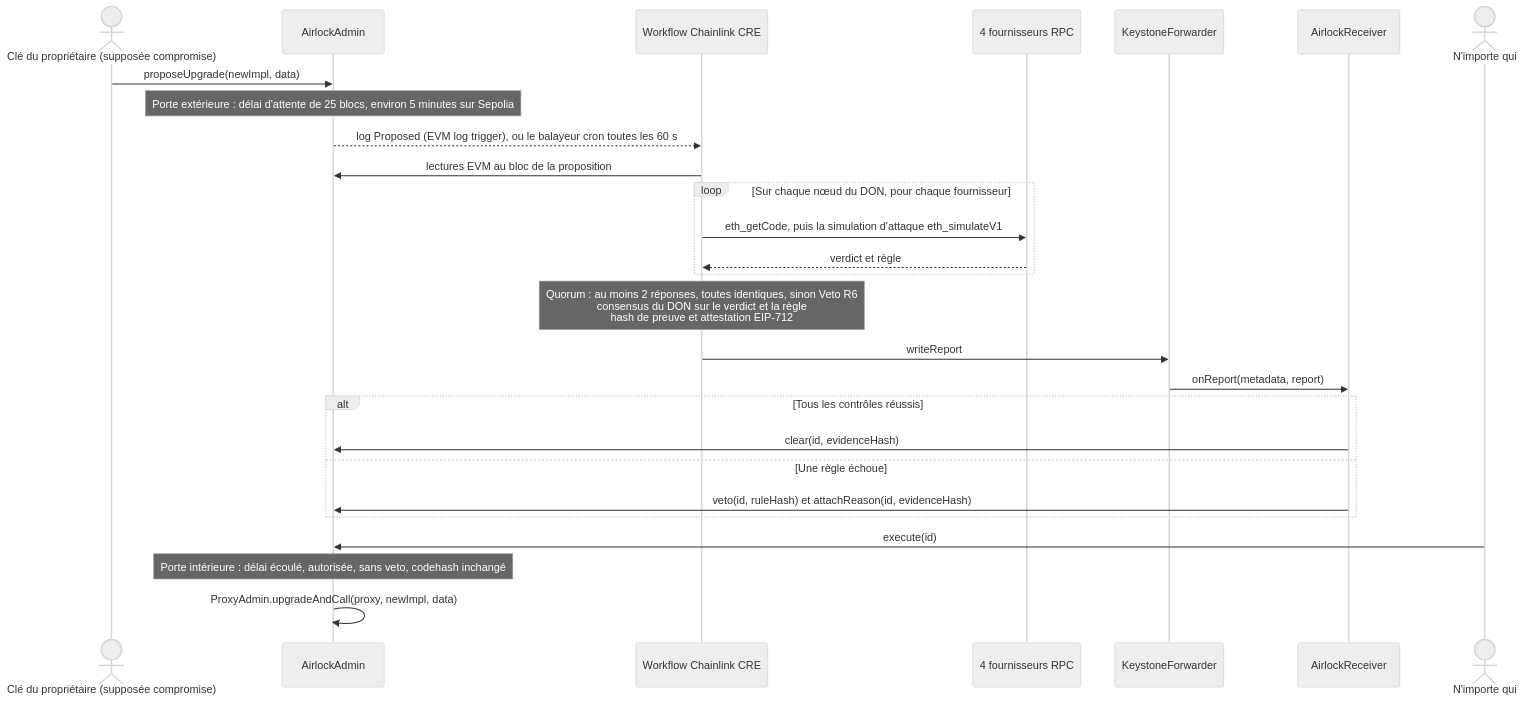
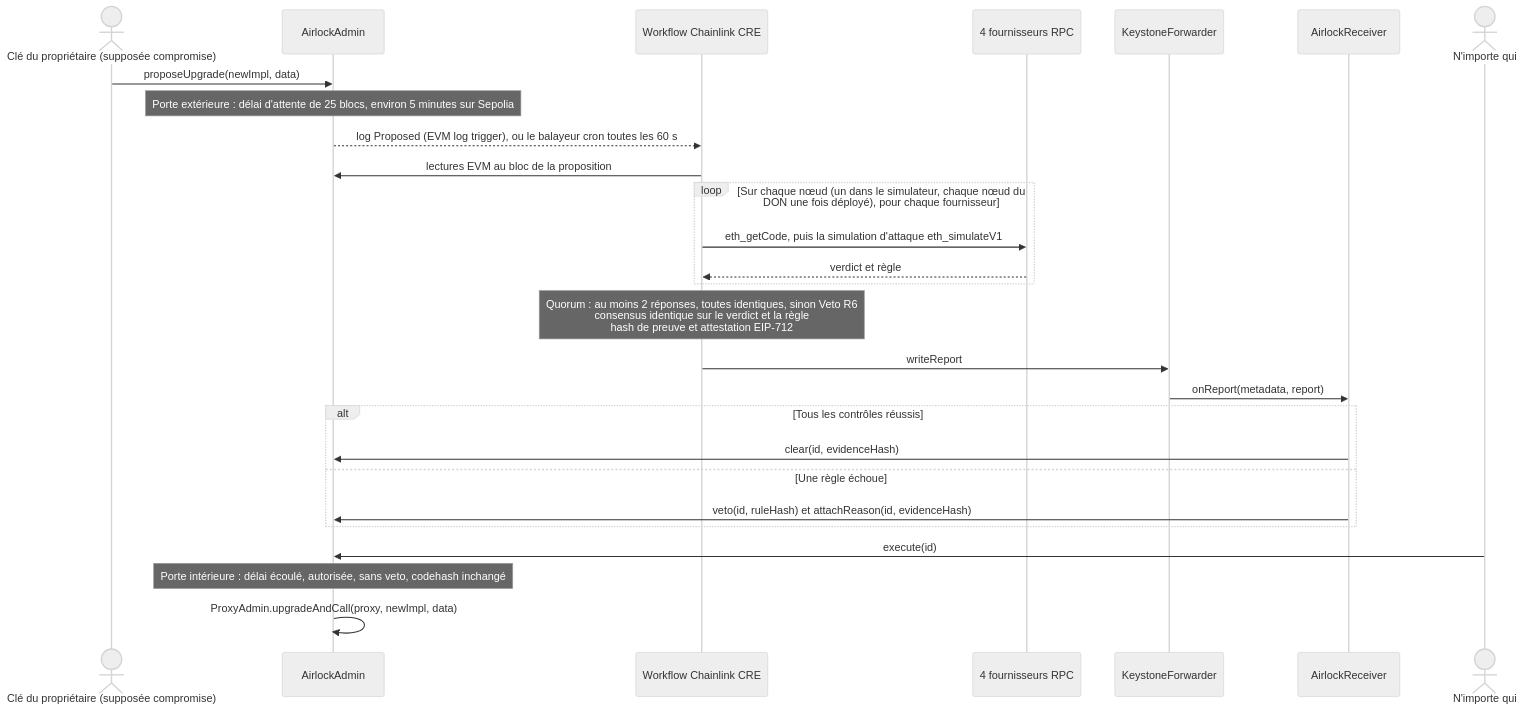
One commit to tedinroc/upgrade-airlock changed the diagram in README.fr.md. Above: the diagram before and after it, drawn with Mermaid (neutral theme). The commit also changed other lines of this file and 37 other files, not shown here.

````diff
--- a/README.fr.md
+++ b/README.fr.md
@@ -86,30 +103,30 @@
 ```mermaid
 sequenceDiagram
     actor Owner as Clé du propriétaire (supposée compromise)
     participant Admin as AirlockAdmin
     participant CRE as Workflow Chainlink CRE
     participant RPC as 4 fournisseurs RPC
     participant Fwd as KeystoneForwarder
     participant Recv as AirlockReceiver
     actor Anyone as N'importe qui
 
     Owner->>Admin: proposeUpgrade(newImpl, data)
     Note over Admin: Porte extérieure : délai d'attente de 25 blocs, environ 5 minutes sur Sepolia
     Admin-->>CRE: log Proposed (EVM log trigger), ou le balayeur cron toutes les 60 s
     CRE->>Admin: lectures EVM au bloc de la proposition
-    loop Sur chaque nœud du DON, pour chaque fournisseur
+    loop Sur chaque nœud (un dans le simulateur, chaque nœud du DON une fois déployé), pour chaque fournisseur
         CRE->>RPC: eth_getCode, puis la simulation d'attaque eth_simulateV1
         RPC-->>CRE: verdict et règle
     end
-    Note over CRE: Quorum : au moins 2 réponses, toutes identiques, sinon Veto R6<br/>consensus du DON sur le verdict et la règle<br/>hash de preuve et attestation EIP-712
+    Note over CRE: Quorum : au moins 2 réponses, toutes identiques, sinon Veto R6<br/>consensus identique sur le verdict et la règle<br/>hash de preuve et attestation EIP-712
     CRE->>Fwd: writeReport
     Fwd->>Recv: onReport(metadata, report)
     alt Tous les contrôles réussis
         Recv->>Admin: clear(id, evidenceHash)
     else Une règle échoue
         Recv->>Admin: veto(id, ruleHash) et attachReason(id, evidenceHash)
     end
     Anyone->>Admin: execute(id)
     Note over Admin: Porte intérieure : délai écoulé, autorisée, sans veto, codehash inchangé
     Admin->>Admin: ProxyAdmin.upgradeAndCall(proxy, newImpl, data)
 ```
````
